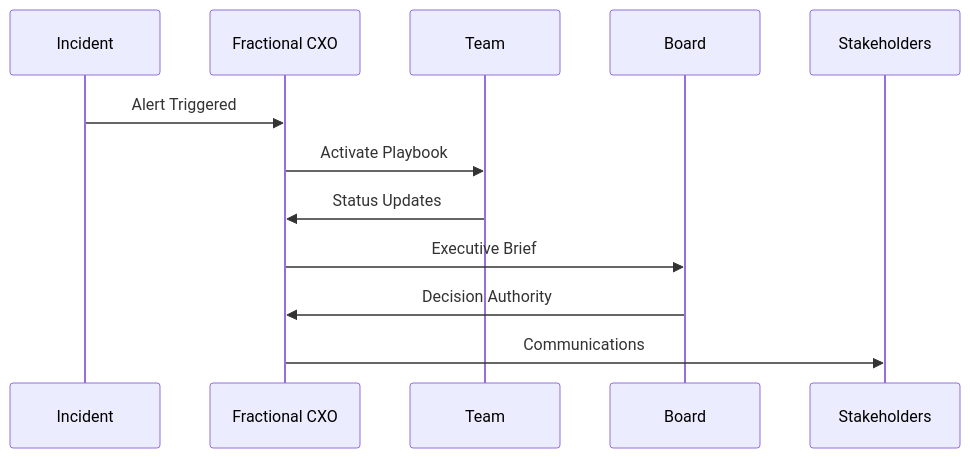
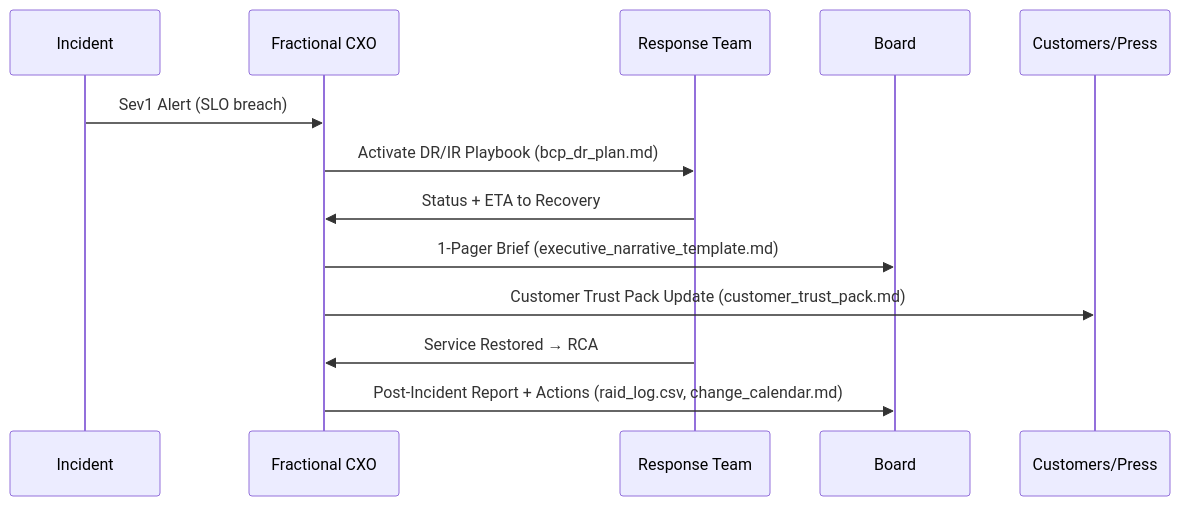
Before and after one commit to emcdo411/tech-fractional-cxo-program: the third of 7 diagrams in CXO-TOOLKIT.md, drawn with Mermaid. The commit also changed other lines of this file, not shown here.

````diff
--- a/CXO-TOOLKIT.md
+++ b/CXO-TOOLKIT.md
@@ -49,15 +173,16 @@
 ```mermaid
 sequenceDiagram
   participant I as Incident
-  participant F as Fractional CXO
-  participant T as Team
-  participant B as Board
-  participant S as Stakeholders
+  participant CXO as Fractional CXO
+  participant T as Response Team
+  participant BRD as Board
+  participant PUB as Customers/Press
 
-  I->>F: Alert Triggered
-  F->>T: Activate Playbook
-  T->>F: Status Updates
-  F->>B: Executive Brief
-  B->>F: Decision Authority
-  F->>S: Communications
+  I->>CXO: Sev1 Alert (SLO breach)
+  CXO->>T: Activate DR/IR Playbook (bcp_dr_plan.md)
+  T->>CXO: Status + ETA to Recovery
+  CXO->>BRD: 1-Pager Brief (executive_narrative_template.md)
+  CXO->>PUB: Customer Trust Pack Update (customer_trust_pack.md)
+  T->>CXO: Service Restored → RCA
+  CXO->>BRD: Post-Incident Report + Actions (raid_log.csv, change_calendar.md)
 ```
````
